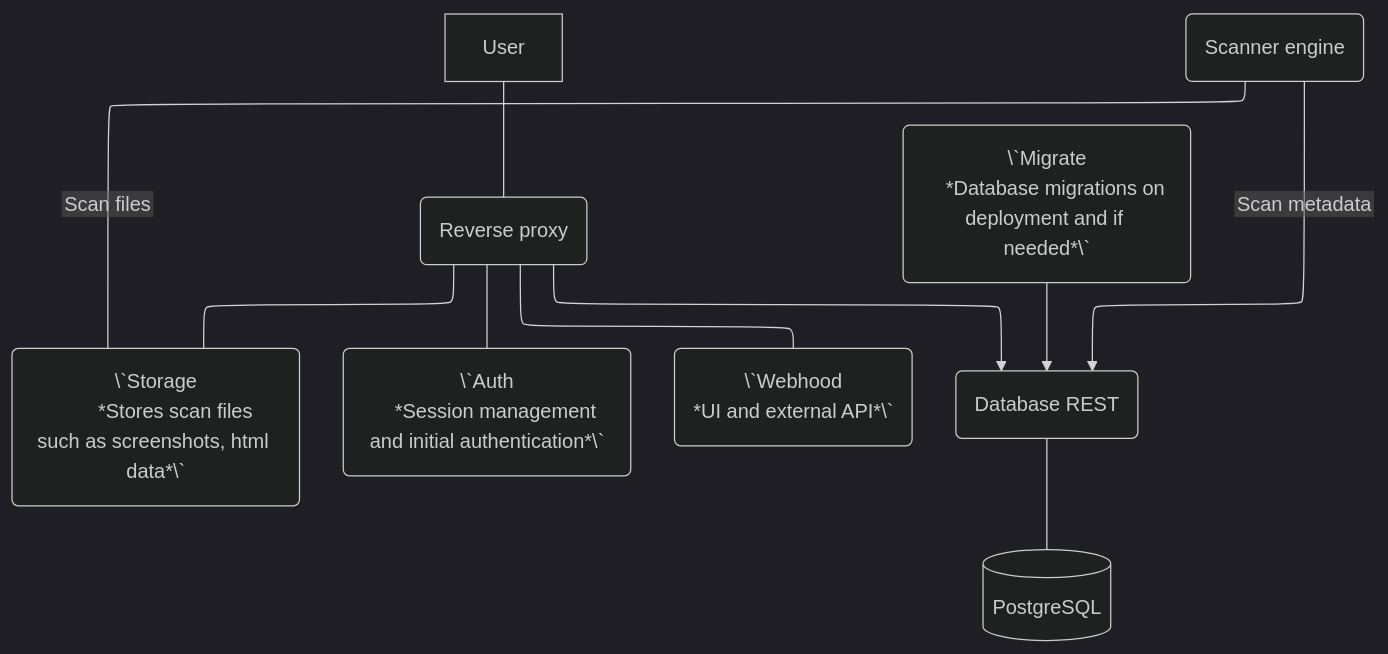
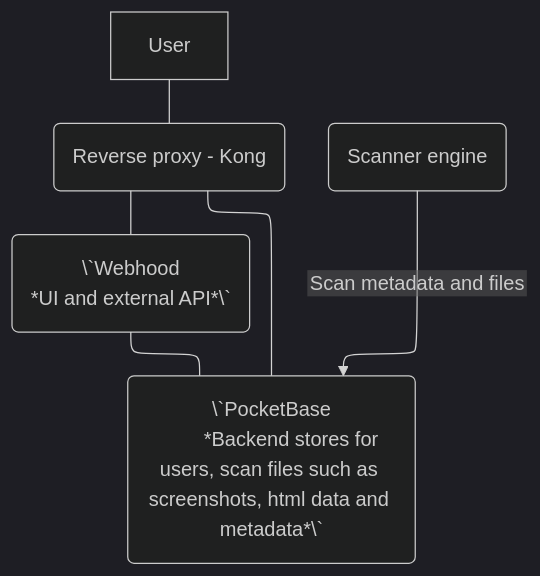
The diagram in pages/docs/security.mdx (webhood-io/docs), drawn with Mermaid before and after one commit. The commit also changed other lines of this file, not shown here.

````diff
--- a/pages/docs/security.mdx
+++ b/pages/docs/security.mdx
@@ -12,17 +12,11 @@
 ```mermaid
 %%{init: {"theme": "dark", "flowchart": {"htmlLabels": false, "defaultRenderer": "elk"}} }%%
 flowchart TD
-    U[User] --- K
-    K --- SG("\`Storage
-        *Stores scan files such as screenshots, html data*\`")
-    K --- A("\`Auth
-    *Session management and initial authentication*\`")
+    U[User] --- K(Reverse proxy - Kong)
+    K --- SG("\`PocketBase
+        *Backend stores for users, scan files such as screenshots, html data and metadata*\`")
     K --- WH("\`Webhood
         *UI and external API*\`")
-    K(Reverse proxy) --> PG(Database REST)
-    PG --- DB[(PostgreSQL)]
-    SC(Scanner engine) --> |Scan metadata|PG
-    SC ---|Scan files| SG
-    MG("\`Migrate
-    *Database migrations on deployment and if needed*\`") --> PG
+    SC(Scanner engine) --> |Scan metadata and files| SG
+    WH --- SG
 ```
````
